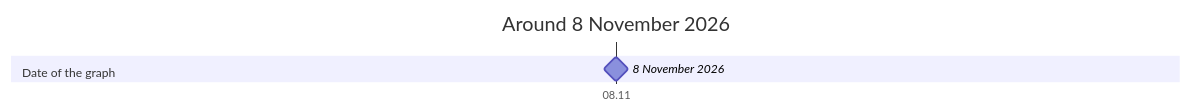
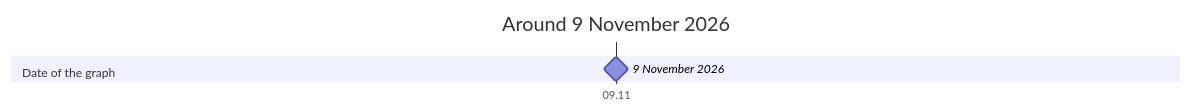
Before and after one commit to advancedcognitivesystems-ai/trame: the diagram in docs/timeline.md, drawn with Mermaid. The commit also changed other lines of this file and 149 other files, not shown here.

````diff
--- a/docs/timeline.md
+++ b/docs/timeline.md
@@ -5,8 +5,8 @@
 ```mermaid
 gantt
   dateFormat YYYY-MM-DD
   axisFormat %d.%m
-  title Around 8 November 2026
+  title Around 9 November 2026
   section Date of the graph
-    8 November 2026 : milestone, 2026-11-08, 0d
+    9 November 2026 : milestone, 2026-11-09, 0d
 ```
````
